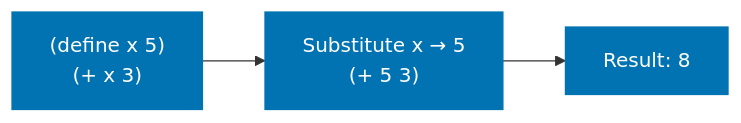
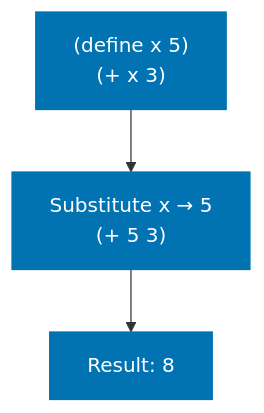
The first of 9 diagrams in apps/ayokoding-web/content/en/learn/software-engineering/compilers-and-interpreters/lisp-interpreter-in-golang/part-3-environments-and-evaluation.md (wahidyankf/open-sharia-enterprise), drawn with Mermaid before and after one commit. The commit also changed 1 other file, not shown here.

Commit message:
fix(ayokoding-web): adjust diagram directions in golang lisp series parts 1 and 3

````diff
--- a/apps/ayokoding-web/content/en/learn/software-engineering/compilers-and-interpreters/lisp-interpreter-in-golang/part-3-environments-and-evaluation.md
+++ b/apps/ayokoding-web/content/en/learn/software-engineering/compilers-and-interpreters/lisp-interpreter-in-golang/part-3-environments-and-evaluation.md
@@ -18,8 +18,8 @@
 ```mermaid
 %% Color palette: Blue #0173B2, Orange #DE8F05, Teal #029E73, Purple #CC78BC, Brown #CA9161, Gray #808080
-flowchart LR
+flowchart TB
     S1["(define x 5)\n(+ x 3)"] --> S2["Substitute x → 5\n(+ 5 3)"] --> S3["Result: 8"]
 
     classDef blue fill:#0173B2,color:#fff,stroke:#0173B2
     class S1,S2,S3 blue
 ```
````
